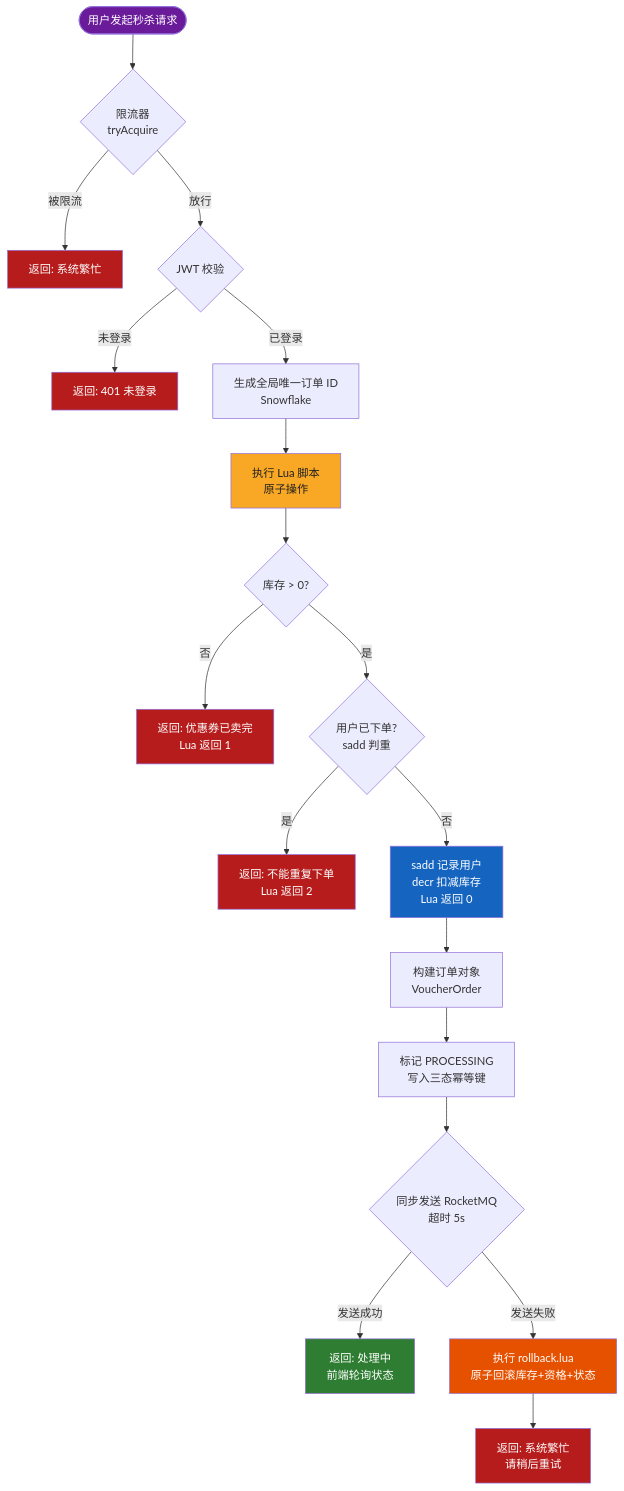
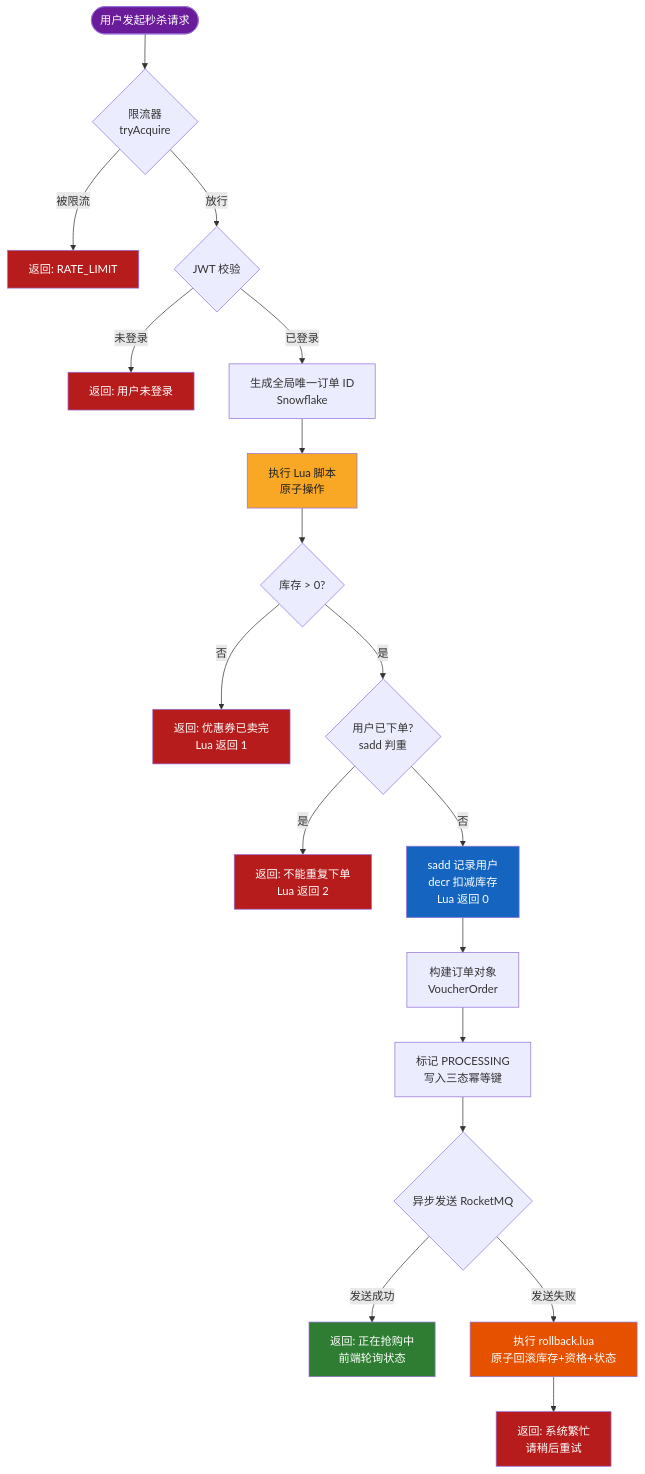
One commit to Shardkiht/FlashDeal changed the second of 3 diagrams in README.md. Above: the diagram before and after it, drawn with Mermaid. The commit also changed other lines of this file and 2 other files, not shown here.

````diff
--- a/README.md
+++ b/README.md
@@ -142,33 +178,33 @@
 ```mermaid
 flowchart TD
     START([用户发起秒杀请求]) --> LIMIT{限流器<br/>tryAcquire}
-    LIMIT -->|被限流| R1[返回: 系统繁忙]
+    LIMIT -->|被限流| R1[返回: RATE_LIMIT]
     LIMIT -->|放行| AUTH{JWT 校验}
-    AUTH -->|未登录| R2[返回: 401 未登录]
+    AUTH -->|未登录| R2[返回: 用户未登录]
     AUTH -->|已登录| GEN[生成全局唯一订单 ID<br/>Snowflake]
 
     GEN --> LUA[执行 Lua 脚本<br/>原子操作]
     LUA --> CHECK1{库存 > 0?}
     CHECK1 -->|否| R3[返回: 优惠券已卖完<br/>Lua 返回 1]
     CHECK1 -->|是| CHECK2{用户已下单?<br/>sadd 判重}
     CHECK2 -->|是| R4[返回: 不能重复下单<br/>Lua 返回 2]
     CHECK2 -->|否| DECR[sadd 记录用户<br/>decr 扣减库存<br/>Lua 返回 0]
 
     DECR --> BUILD[构建订单对象<br/>VoucherOrder]
     BUILD --> MARK[标记 PROCESSING<br/>写入三态幂等键]
-    MARK --> MQ{同步发送 RocketMQ<br/>超时 5s}
-    MQ -->|发送成功| OK[返回: 处理中<br/>前端轮询状态]
+    MARK --> MQ{异步发送 RocketMQ}
+    MQ -->|发送成功| OK[返回: 正在抢购中<br/>前端轮询状态]
     MQ -->|发送失败| ROLLBACK[执行 rollback.lua<br/>原子回滚库存+资格+状态]
     ROLLBACK --> R5[返回: 系统繁忙<br/>请稍后重试]
 
     style START fill:#6a1b9a,color:#fff
     style OK fill:#2e7d32,color:#fff
     style R1 fill:#b71c1c,color:#fff
     style R2 fill:#b71c1c,color:#fff
     style R3 fill:#b71c1c,color:#fff
     style R4 fill:#b71c1c,color:#fff
     style R5 fill:#b71c1c,color:#fff
     style LUA fill:#f9a825,color:#212121
     style DECR fill:#1565c0,color:#fff
     style ROLLBACK fill:#e65100,color:#fff
 ```
````
